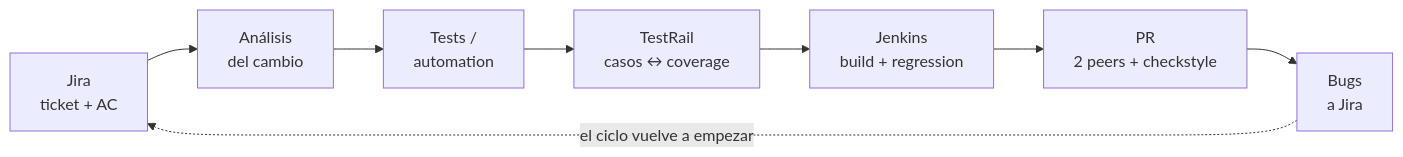
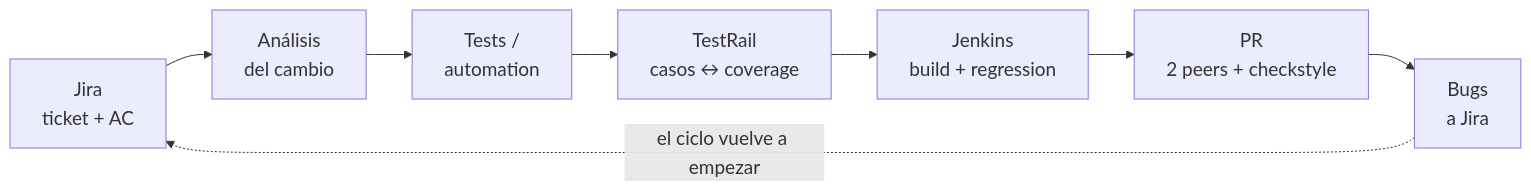
Before and after one commit to edcrove/claude-qa-demo: the diagram in slides/diagrams/pipeline-antes.mmd, drawn with Mermaid. The commit also changed 13 other files, not shown here.

First line of the commit message:
feat(slides): more room for the diagrams, two support images, Claude logo

```diff
--- a/slides/diagrams/pipeline-antes.mmd
+++ b/slides/diagrams/pipeline-antes.mmd
@@ -1,11 +1,23 @@
+---
+config:
+  themeVariables:
+    fontSize: 19px
+  flowchart:
+    padding: 16
+    nodeSpacing: 30
+    rankSpacing: 46
+---
 %% El pipeline diario pre-IA (slide "Mi setup antes de IA").
 %% El punto de la flecha punteada es que esto es un ciclo, no una lista.
+%% El bloque config de arriba pisa a mermaid.*.json sólo para este diagrama:
+%% es una fila de 7 nodos, muy ancha y muy baja, y al escalarla al ancho de la
+%% slide quedaba diminuta. Nodos más grandes = más alto = más legible.
 %% Editá acá, no el .svg — se regenera con scripts/build-diagrams.sh.
 flowchart LR
   T["Jira<br/>ticket + AC"] --> A["Análisis<br/>del cambio"]
   A --> G["Tests /<br/>automation"]
   G --> R["TestRail<br/>casos ↔ coverage"]
   R --> J["Jenkins<br/>build + regression"]
   J --> P["PR<br/>2 peers + checkstyle"]
   P --> B["Bugs<br/>a Jira"]
   B -. "el ciclo vuelve a empezar" .-> T
```
